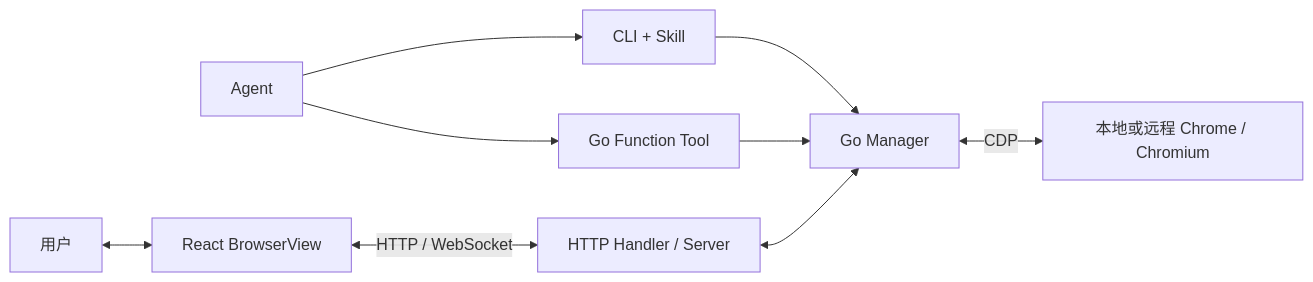
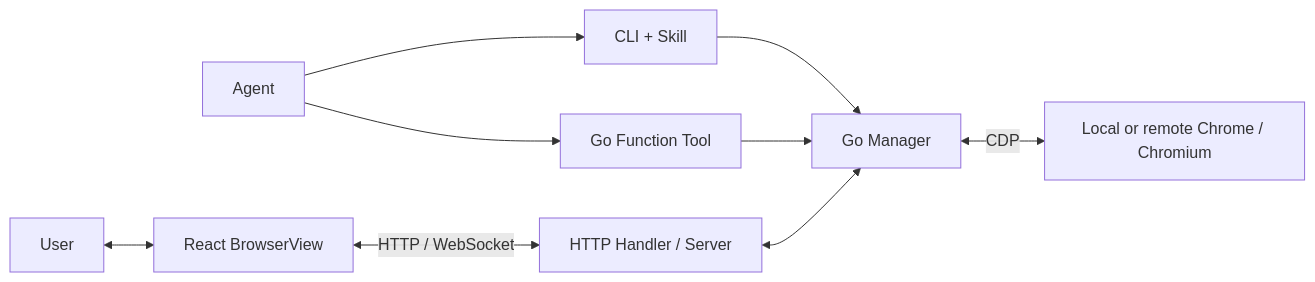
One commit to zeoxisca/awesome-browserkit changed the diagram in README.md. Above: the diagram before and after it, drawn with Mermaid. The commit also changed other lines of this file and 14 other files, not shown here.

Commit message:
feat: secure remote browser access

````diff
--- a/README.md
+++ b/README.md
@@ -52,11 +79,11 @@
 ```mermaid
 flowchart LR
     Agent[Agent] --> CLI[CLI + Skill]
     Agent --> Tool[Go Function Tool]
-    User[用户] <--> React[React BrowserView]
+    User[User] <--> React[React BrowserView]
     React <-->|HTTP / WebSocket| HTTP[HTTP Handler / Server]
     CLI --> Manager[Go Manager]
     Tool --> Manager
     HTTP <--> Manager
-    Manager <-->|CDP| Browser[本地或远程 Chrome / Chromium]
+    Manager <-->|CDP| Browser[Local or remote Chrome / Chromium]
 ```
````
